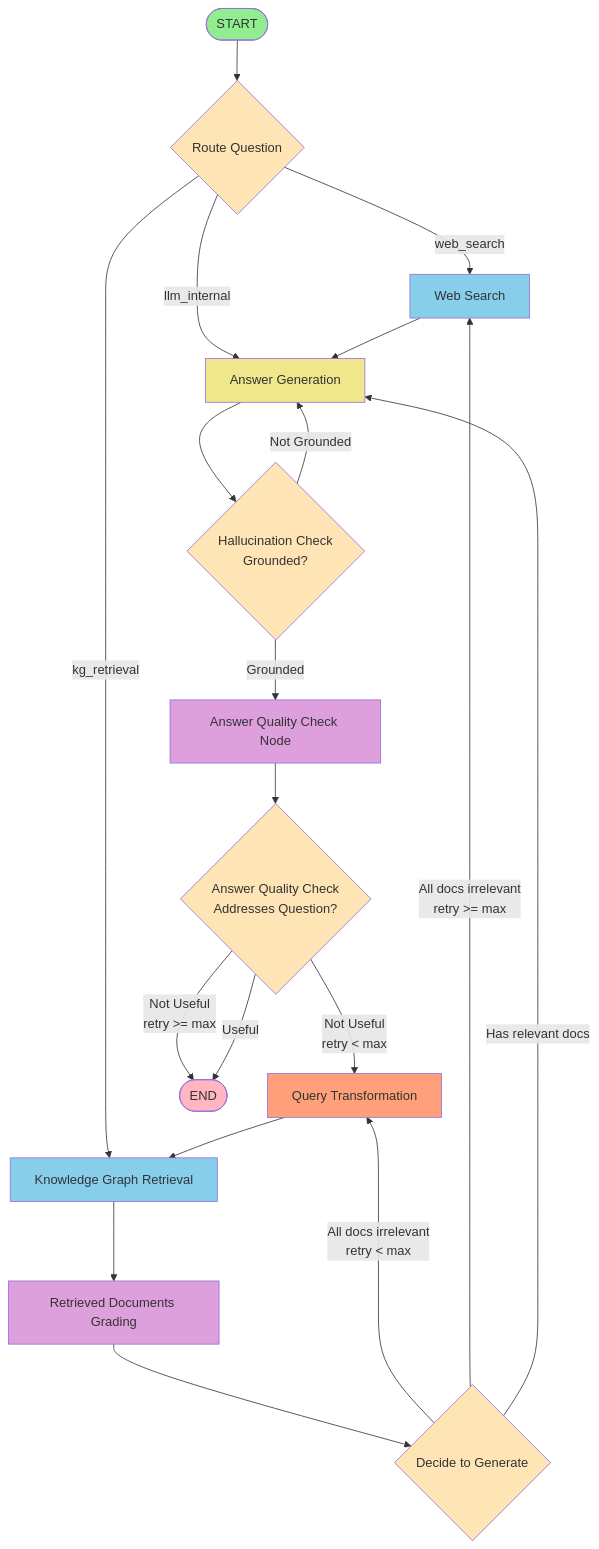
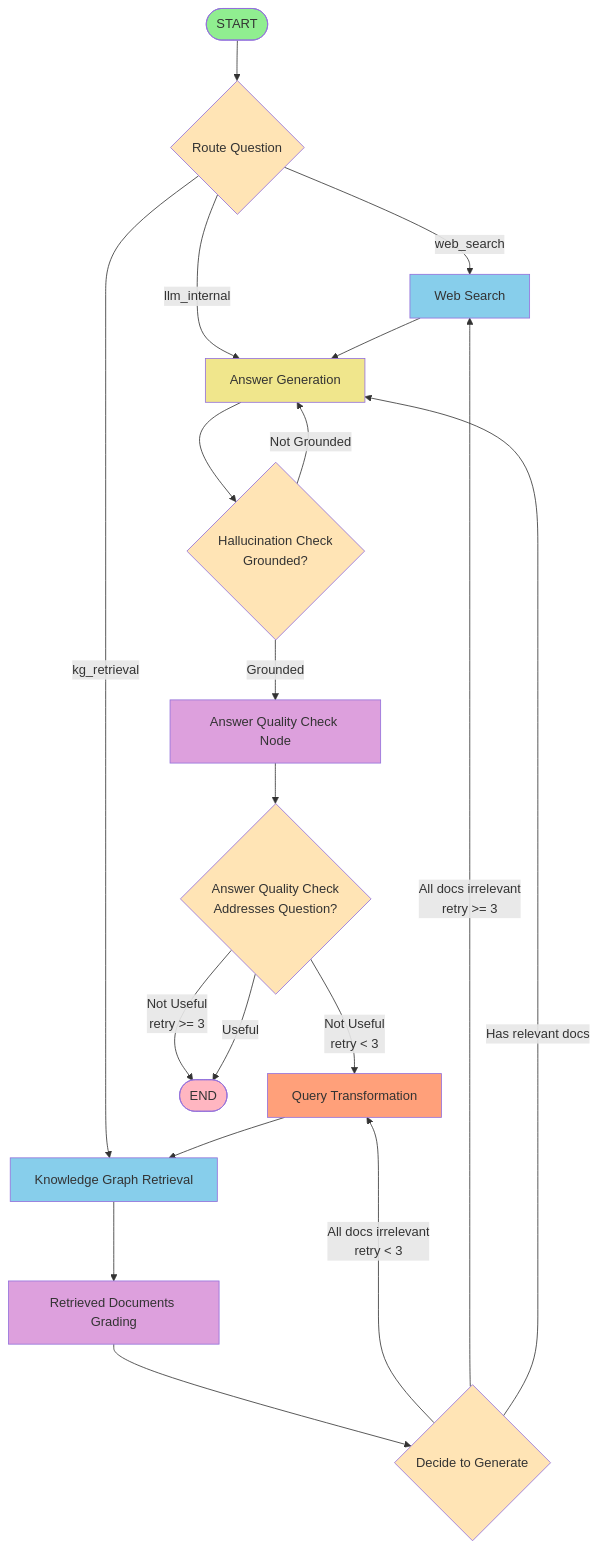
One commit to phung-pham-vns/adaptive_graphRAG changed the first of 6 diagrams in docs/workflow_diagram.md. Above: the diagram before and after it, drawn with Mermaid. The commit also changed other lines of this file and 13 other files, not shown here.

````diff
--- a/docs/workflow_diagram.md
+++ b/docs/workflow_diagram.md
@@ -5,43 +12,43 @@
 ```mermaid
 flowchart TD
     START([START]) --> RouteQuestion{Route Question}
     
     RouteQuestion -->|web_search| WebSearch[Web Search]
     RouteQuestion -->|kg_retrieval| KGRetrieval[Knowledge Graph Retrieval]
     RouteQuestion -->|llm_internal| AnswerGen[Answer Generation]
     
     WebSearch --> AnswerGen
     
     KGRetrieval --> DocGrading[Retrieved Documents Grading]
     DocGrading --> DecideGenerate{Decide to Generate}
     
-    DecideGenerate -->|All docs irrelevant<br/>retry < max| QueryTransform[Query Transformation]
-    DecideGenerate -->|All docs irrelevant<br/>retry >= max| WebSearch
+    DecideGenerate -->|All docs irrelevant<br/>retry < 3| QueryTransform[Query Transformation]
+    DecideGenerate -->|All docs irrelevant<br/>retry >= 3| WebSearch
     DecideGenerate -->|Has relevant docs| AnswerGen
     
     QueryTransform --> KGRetrieval
     
     AnswerGen --> HallucinationCheck{Hallucination Check<br/>Grounded?}
     
     HallucinationCheck -->|Not Grounded| AnswerGen
     HallucinationCheck -->|Grounded| QualityNode[Answer Quality Check Node]
     
     QualityNode --> QualityCheck{Answer Quality Check<br/>Addresses Question?}
     
-    QualityCheck -->|Not Useful<br/>retry < max| QueryTransform
-    QualityCheck -->|Not Useful<br/>retry >= max| END([END])
+    QualityCheck -->|Not Useful<br/>retry < 3| QueryTransform
+    QualityCheck -->|Not Useful<br/>retry >= 3| END([END])
     QualityCheck -->|Useful| END
     
     style START fill:#90EE90
     style END fill:#FFB6C1
     style RouteQuestion fill:#FFE4B5
     style DecideGenerate fill:#FFE4B5
     style HallucinationCheck fill:#FFE4B5
     style QualityCheck fill:#FFE4B5
     style WebSearch fill:#87CEEB
     style KGRetrieval fill:#87CEEB
     style DocGrading fill:#DDA0DD
     style AnswerGen fill:#F0E68C
     style QueryTransform fill:#FFA07A
     style QualityNode fill:#DDA0DD
 ```
````
